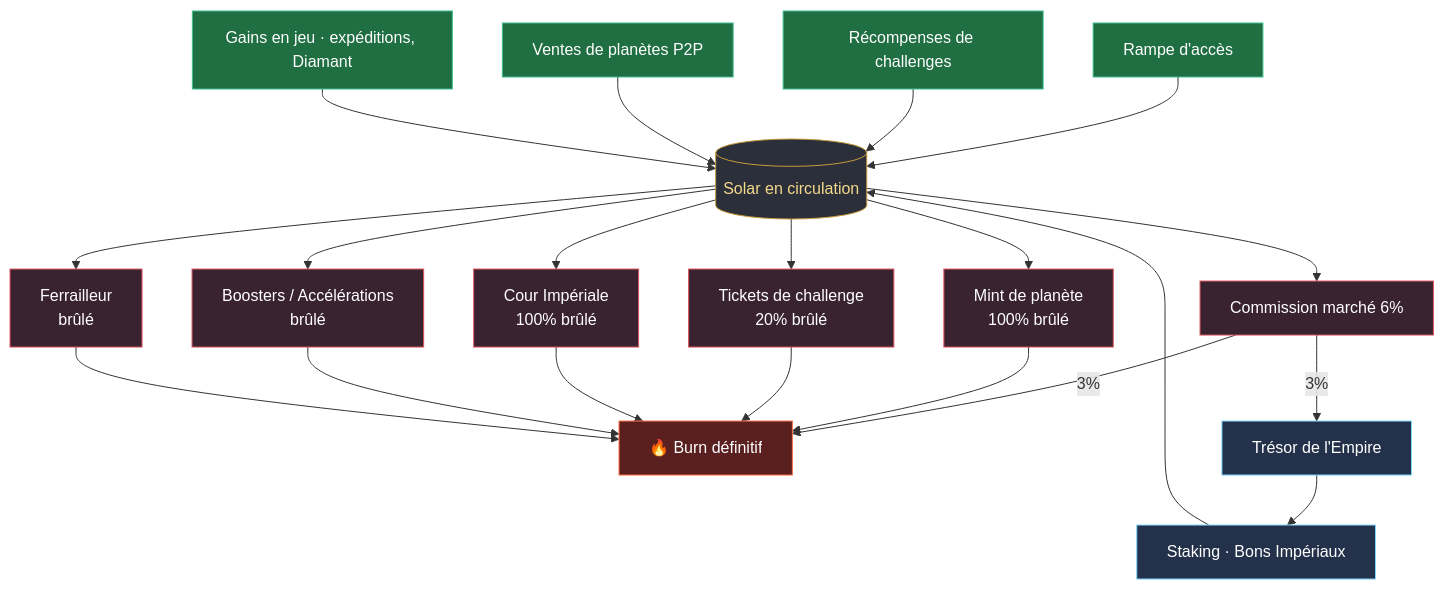
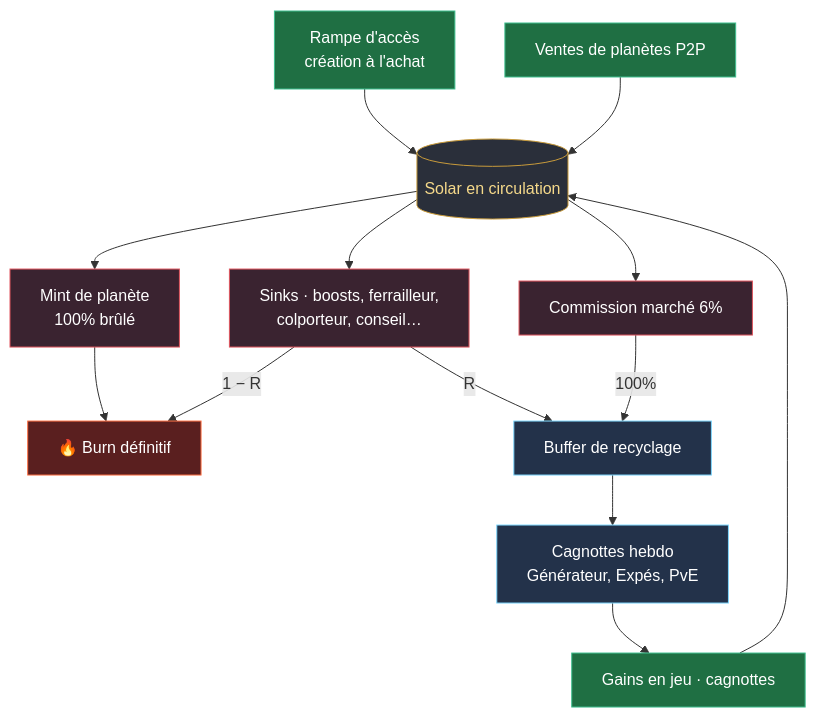
The diagram in 6.-tokenomics/6.10.-resume-des-flux-economiques.md (DrixPunish/WhitePaperSolaris), drawn with Mermaid before and after one commit. The commit also changed 11 other files, not shown here.

````diff
--- a/6.-tokenomics/6.10.-resume-des-flux-economiques.md
+++ b/6.-tokenomics/6.10.-resume-des-flux-economiques.md
@@ -3,33 +3,26 @@
 ```mermaid
 flowchart TD
-    A[Rampe d'accès]:::in --> C
-    B[Récompenses de challenges]:::in --> C
+    A[Rampe d'accès<br/>création à l'achat]:::in --> C
     P[Ventes de planètes P2P]:::in --> C
-    G[Gains en jeu · expéditions, Diamant]:::in --> C
+    G[Gains en jeu · cagnottes]:::in --> C
 
     C[(Solar en circulation)]:::circ
 
     C --> M[Mint de planète<br/>100% brûlé]:::sink
+    C --> S[Sinks · boosts, ferrailleur,<br/>colporteur, conseil…]:::sink
     C --> F[Commission marché 6%]:::sink
-    C --> CH[Tickets de challenge<br/>20% brûlé]:::sink
-    C --> CO[Cour Impériale<br/>100% brûlé]:::sink
-    C --> BO[Boosters / Accélérations<br/>brûlé]:::sink
-    C --> FE[Ferrailleur<br/>brûlé]:::sink
 
-    F -->|3%| BURN[🔥 Burn définitif]:::burn
-    F -->|3%| TR[Trésor de l'Empire]:::treas
-    M --> BURN
-    CH --> BURN
-    CO --> BURN
-    BO --> BURN
-    FE --> BURN
+    M --> BURN[🔥 Burn définitif]:::burn
+    S -->|1 − R| BURN
+    S -->|R| BUF[Buffer de recyclage]:::treas
+    F -->|100%| BUF
 
-    TR --> ST[Staking · Bons Impériaux]:::treas
-    ST --> C
+    BUF --> CAG[Cagnottes hebdo<br/>Générateur, Expés, PvE]:::treas
+    CAG --> G
 
     classDef in fill:#1f6f43,stroke:#3fbf8f,color:#fff;
     classDef circ fill:#2a2f3a,stroke:#c89b3c,color:#f5d98a;
     classDef sink fill:#3a2330,stroke:#e0555e,color:#fff;
     classDef burn fill:#5a1f1f,stroke:#ff7043,color:#fff;
     classDef treas fill:#23324a,stroke:#7fd8ff,color:#fff;
 ```
````
